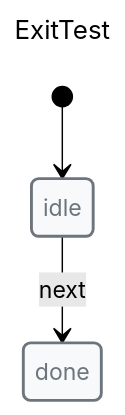
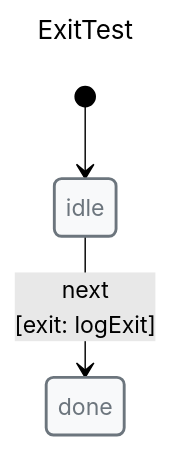
One commit to Masquerade-Circus/x-robot changed the diagram in media/exit-pulse.mmd. Above: the diagram before and after it, drawn with Mermaid (forest theme). The commit also changed 53 other files, not shown here.

Commit message:
refactor(mermaid): make documentate mermaid handle the same amount of context that planuml

```diff
--- a/media/exit-pulse.mmd
+++ b/media/exit-pulse.mmd
@@ -1,22 +1,22 @@
 ---
 title: ExitTest
 ---
 
 stateDiagram-v2
 direction TB
 
 classDef danger fill:#f8d7da,stroke:#721c24,stroke-width:2px,text-align:left,color:#721c24
 classDef warning fill:#fff3cd,stroke:#856404,stroke-width:2px,text-align:left,color:#856404
 classDef success fill:#d4edda,stroke:#155724,stroke-width:2px,text-align:left,color:#155724
 classDef primary fill:#cce5ff,stroke:#004085,stroke-width:2px,text-align:left,color:#004085
 classDef info fill:#d1ecf1,stroke:#0c5460,stroke-width:2px,text-align:left,color:#0c5460
 classDef def fill:#f8f9fa,stroke:#6c757d,stroke-width:2px,text-align:left,color:#6c757d
 
 state "idle" as idle
 state "done" as done
 class idle def
 class done def
 
 
 [*] --> idle
-idle --> done: next
+idle --> done: next<br>[exit: logExit]
```
